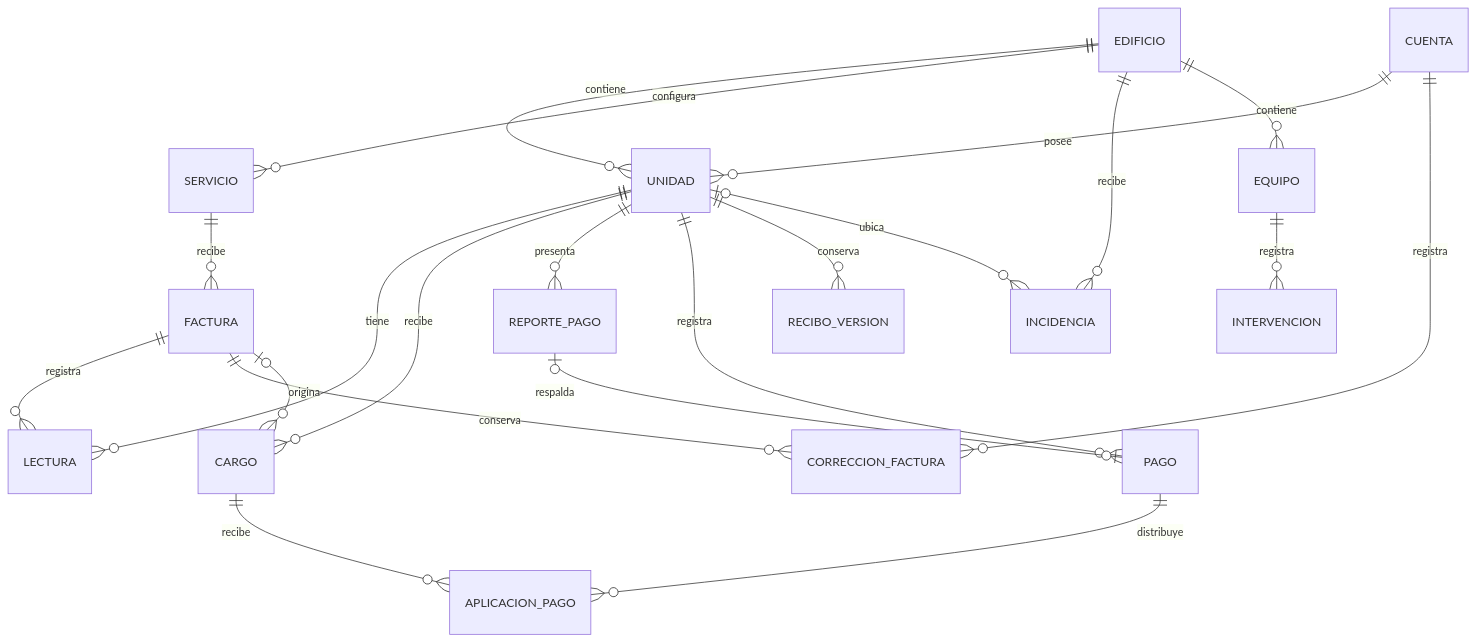
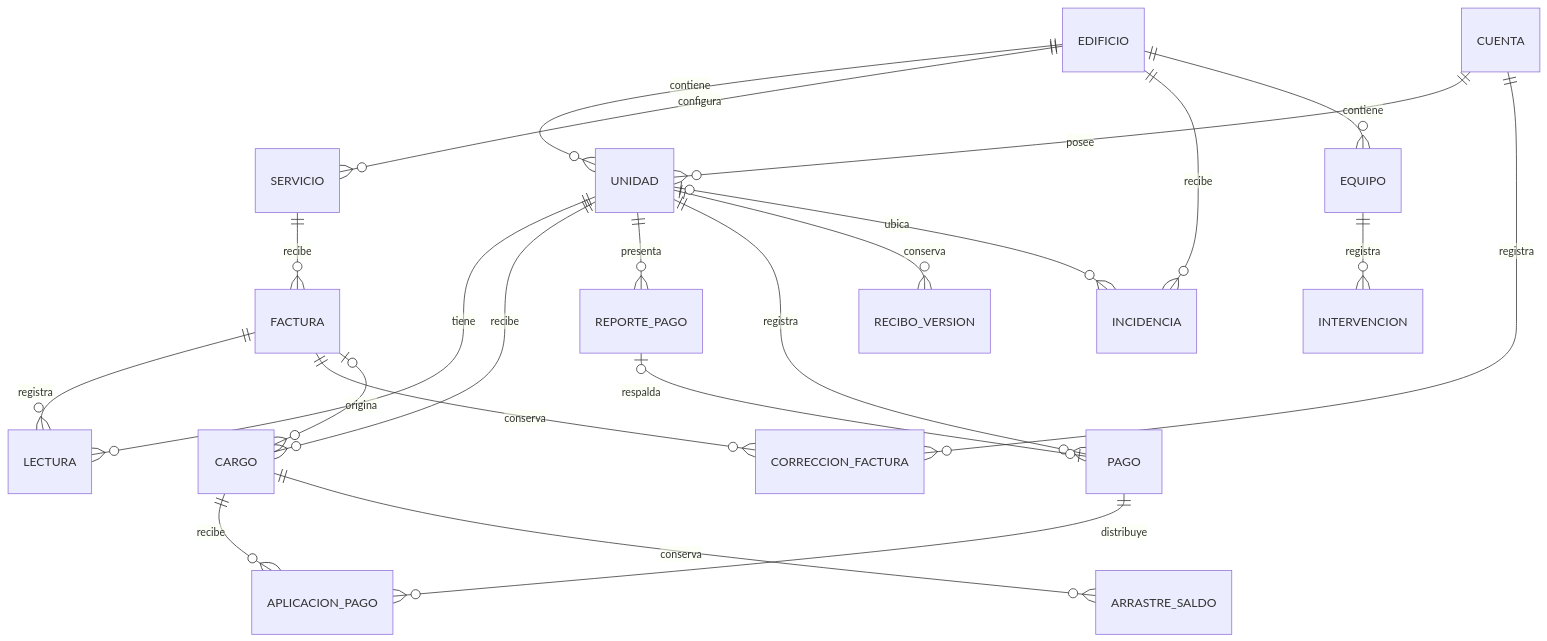
One commit to steveespinoza/GESTION-DE-EDIFICIOS changed the third of 3 diagrams in docs/arquitectura.md. Above: the diagram before and after it, drawn with Mermaid. The commit also changed other lines of this file and 23 other files, not shown here.

````diff
--- a/docs/arquitectura.md
+++ b/docs/arquitectura.md
@@ -61,23 +61,24 @@
 ```mermaid
 erDiagram
     EDIFICIO ||--o{ UNIDAD : contiene
     CUENTA ||--o{ UNIDAD : posee
     EDIFICIO ||--o{ SERVICIO : configura
     SERVICIO ||--o{ FACTURA : recibe
     FACTURA ||--o{ LECTURA : registra
     FACTURA ||--o{ CORRECCION_FACTURA : conserva
     CUENTA ||--o{ CORRECCION_FACTURA : registra
     UNIDAD ||--o{ LECTURA : tiene
     FACTURA o|--o{ CARGO : origina
     UNIDAD ||--o{ CARGO : recibe
     UNIDAD ||--o{ REPORTE_PAGO : presenta
     UNIDAD ||--o{ PAGO : registra
     REPORTE_PAGO o|--o| PAGO : respalda
     PAGO ||--o{ APLICACION_PAGO : distribuye
     CARGO ||--o{ APLICACION_PAGO : recibe
+    CARGO ||--o{ ARRASTRE_SALDO : conserva
     UNIDAD ||--o{ RECIBO_VERSION : conserva
     EDIFICIO ||--o{ INCIDENCIA : recibe
     UNIDAD o|--o{ INCIDENCIA : ubica
     EDIFICIO ||--o{ EQUIPO : contiene
     EQUIPO ||--o{ INTERVENCION : registra
 ```
````
